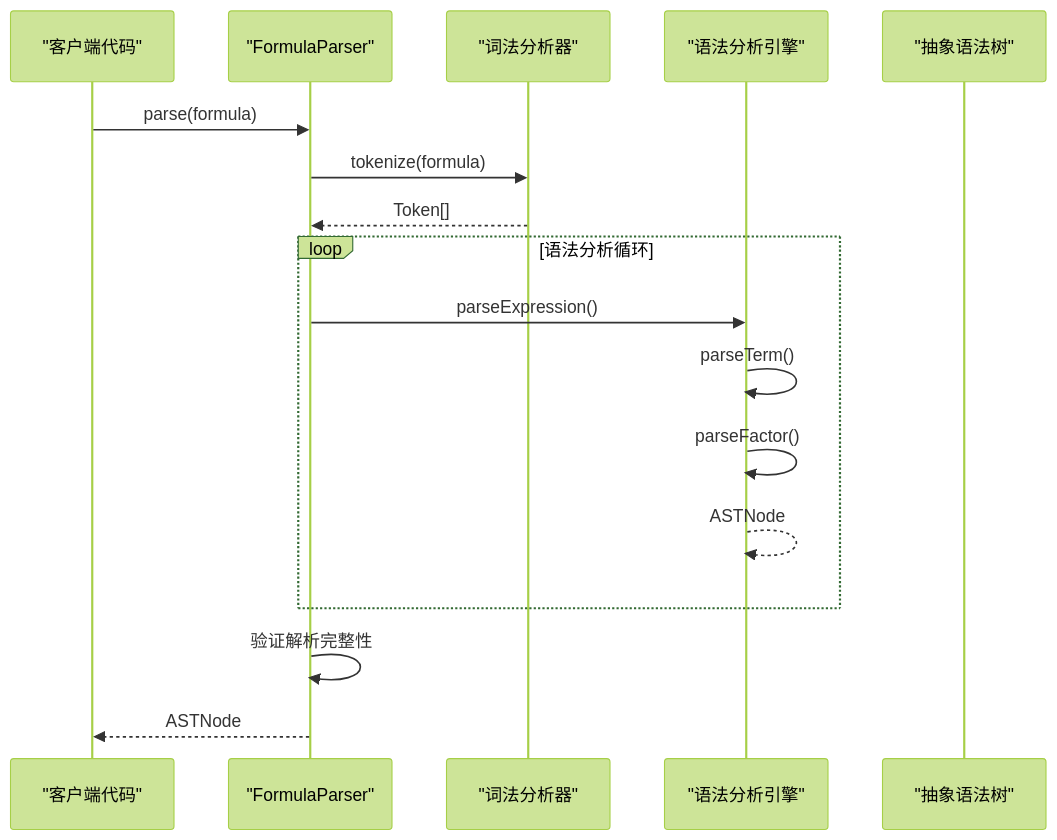
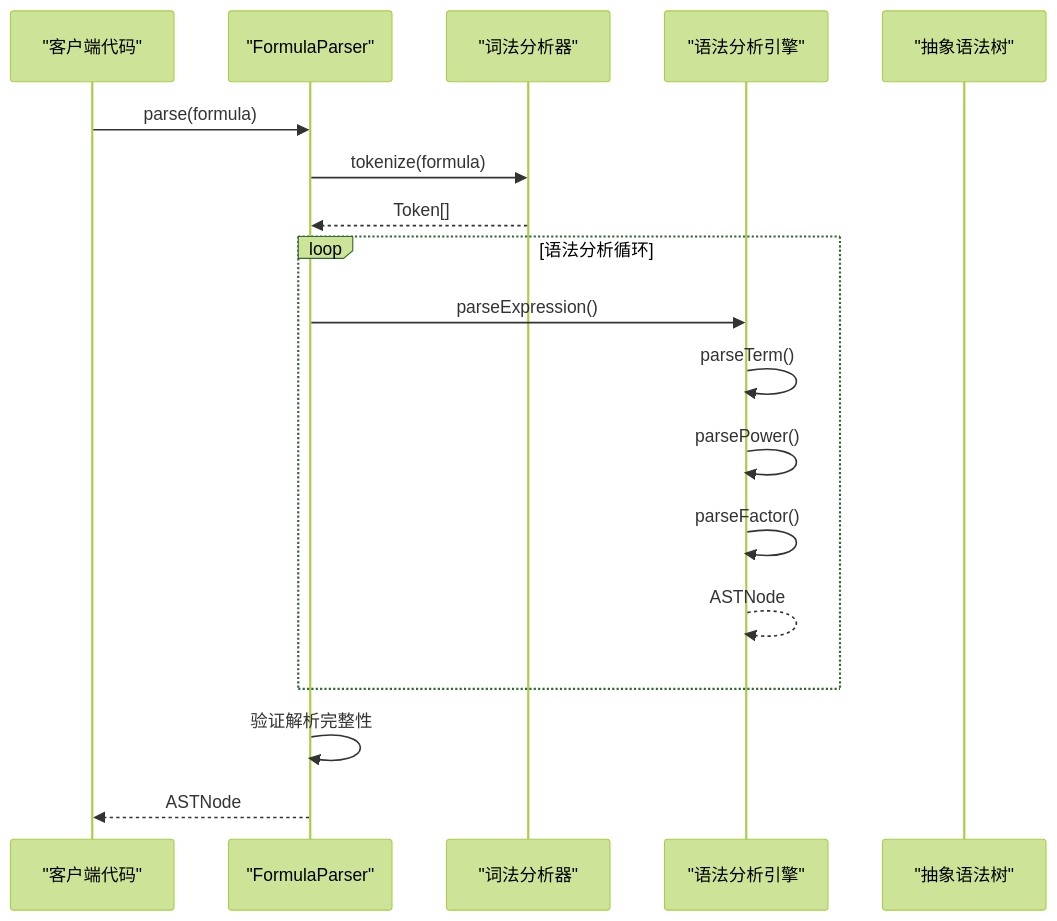
The third of 7 diagrams in .qoder/repowiki/zh/content/开发者指南/核心模块实现/公式解析器.md (steveyu2/formula-mapper), drawn with Mermaid (forest theme) before and after one commit. The commit also changed other lines of this file and 4 other files, not shown here.

````diff
--- a/.qoder/repowiki/zh/content/开发者指南/核心模块实现/公式解析器.md
+++ b/.qoder/repowiki/zh/content/开发者指南/核心模块实现/公式解析器.md
@@ -118,19 +130,20 @@
 ```mermaid
 sequenceDiagram
 participant Client as "客户端代码"
 participant Parser as "FormulaParser"
 participant Lexer as "词法分析器"
 participant ParserEngine as "语法分析引擎"
 participant AST as "抽象语法树"
 Client->>Parser : parse(formula)
 Parser->>Lexer : tokenize(formula)
 Lexer-->>Parser : Token[]
 loop 语法分析循环
 Parser->>ParserEngine : parseExpression()
 ParserEngine->>ParserEngine : parseTerm()
+ParserEngine->>ParserEngine : parsePower()
 ParserEngine->>ParserEngine : parseFactor()
 ParserEngine-->>ParserEngine : ASTNode
 end
 Parser->>Parser : 验证解析完整性
 Parser-->>Client : ASTNode
 ```
````
